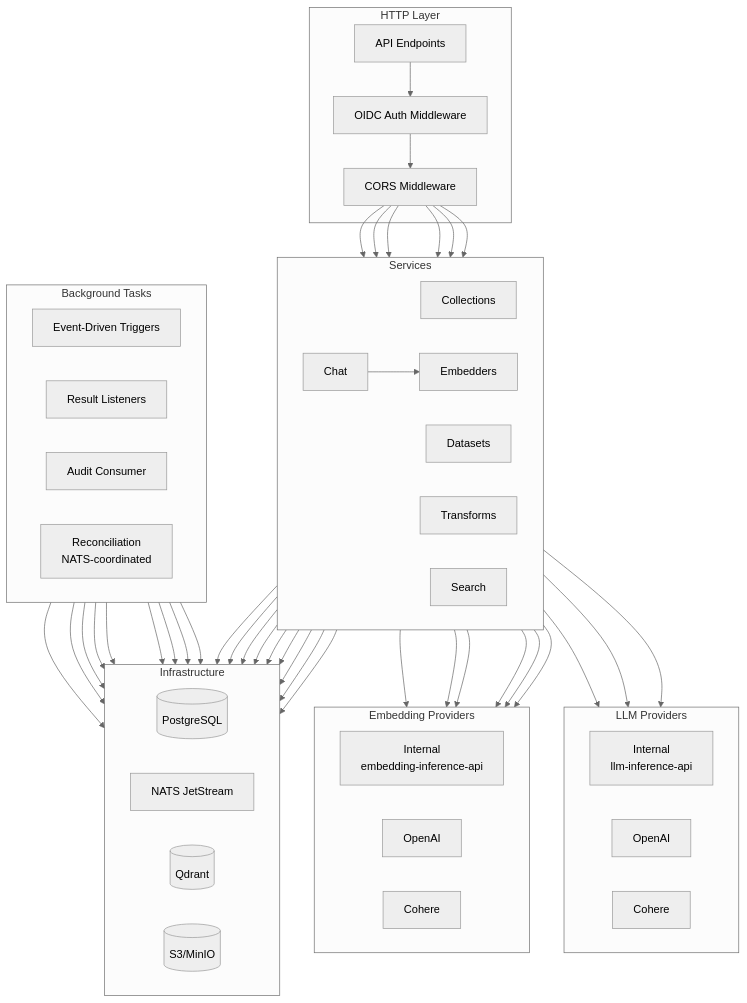
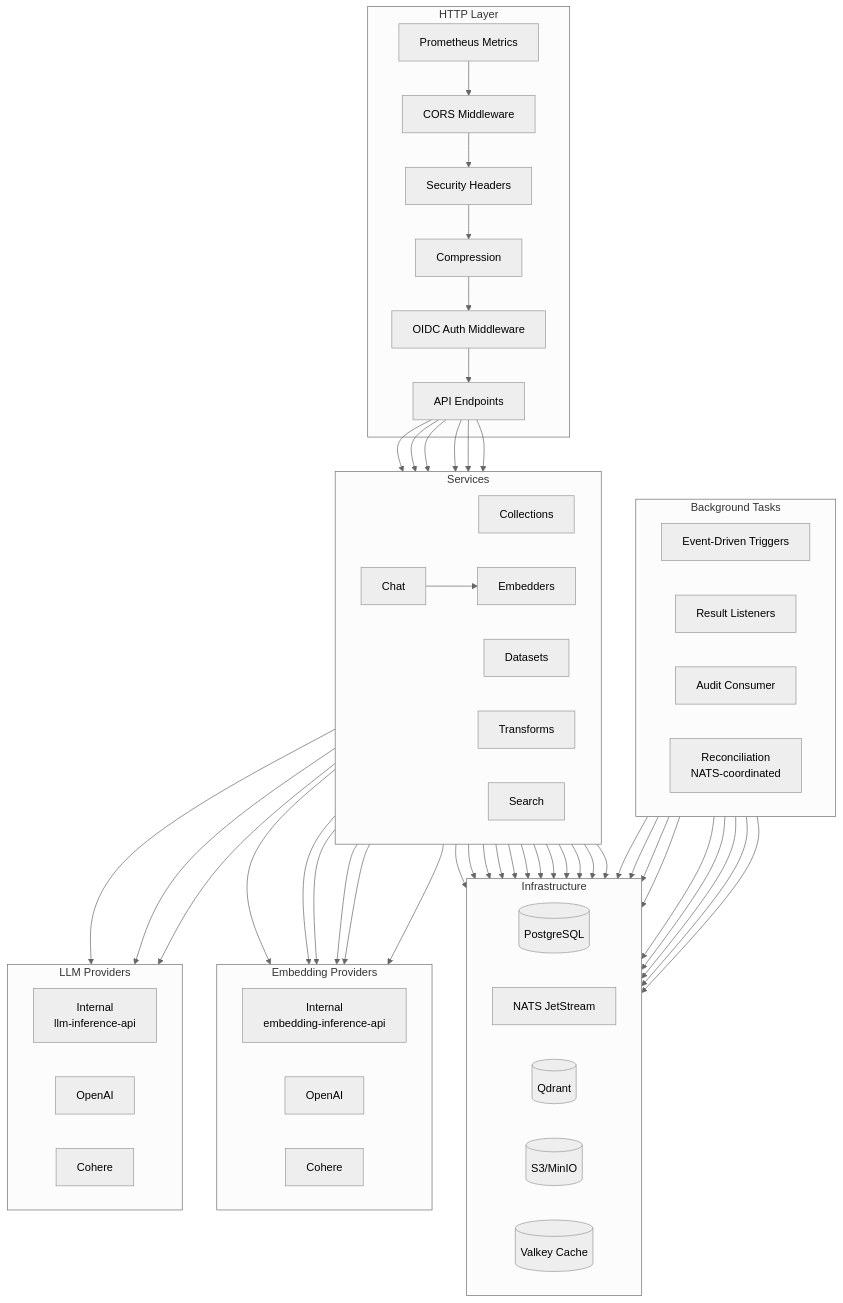
One commit to FishySoftware/semantic-explorer changed the diagram in crates/api/README.md. Above: the diagram before and after it, drawn with Mermaid (neutral theme). The commit also changed other lines of this file and 8 other files, not shown here.

````diff
--- a/crates/api/README.md
+++ b/crates/api/README.md
@@ -37,74 +37,78 @@
 ```mermaid
 graph TD
     subgraph "HTTP Layer"
+        PROM_MW[Prometheus Metrics]
+        CORS[CORS Middleware]
+        SEC[Security Headers]
+        COMP[Compression]
+        AUTH[OIDC Auth Middleware]
         API[API Endpoints]
-        AUTH[OIDC Auth Middleware]
-        CORS[CORS Middleware]
     end
 
     subgraph "Services"
         direction LR
         COLL[Collections]
         DS[Datasets]
         EMB[Embedders]
         TRANS[Transforms]
         SEARCH[Search]
         CHAT[Chat]
     end
 
     subgraph "Background Tasks"
         direction LR
         TRIGGER[Event-Driven Triggers]
         LISTENER[Result Listeners]
         AUDIT[Audit Consumer]
         RECON[Reconciliation<br/>NATS-coordinated]
     end
 
     subgraph "Infrastructure"
         direction LR
         PG[(PostgreSQL)]
         NATS[NATS JetStream]
         QD[(Qdrant)]
         S3[(S3/MinIO)]
+        VK[(Valkey Cache)]
     end
 
     subgraph "Embedding Providers"
         direction LR
         INT_EMB[Internal<br/>embedding-inference-api]
         OAI_EMB[OpenAI]
         COH_EMB[Cohere]
     end
 
     subgraph "LLM Providers"
         direction LR
         INT_LLM[Internal<br/>llm-inference-api]
         OAI_LLM[OpenAI]
         COH_LLM[Cohere]
     end
 
-    API --> AUTH --> CORS
-    CORS --> COLL & DS & EMB & TRANS & SEARCH & CHAT
+    PROM_MW --> CORS --> SEC --> COMP --> AUTH --> API
+    API --> COLL & DS & EMB & TRANS & SEARCH & CHAT
 
-    COLL --> PG & S3
-    DS --> PG
-    EMB --> PG
+    COLL --> PG & S3 & VK
+    DS --> PG & VK
+    EMB --> PG & VK
     TRANS --> NATS & PG
 
     SEARCH --> QD & PG
     SEARCH --> INT_EMB
     SEARCH --> OAI_EMB
     SEARCH --> COH_EMB
 
     CHAT --> QD & EMB
     CHAT --> INT_LLM
     CHAT --> OAI_LLM
     CHAT --> COH_LLM
     CHAT --> INT_EMB
     CHAT --> OAI_EMB
     CHAT --> COH_EMB
 
     TRIGGER --> NATS & PG
     LISTENER --> NATS & PG
     AUDIT --> NATS & PG
     RECON --> NATS & PG & S3
 ```
````
